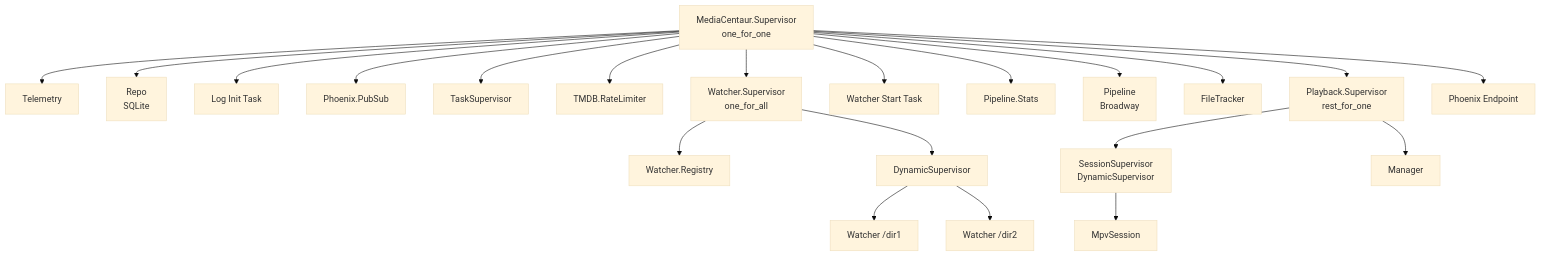
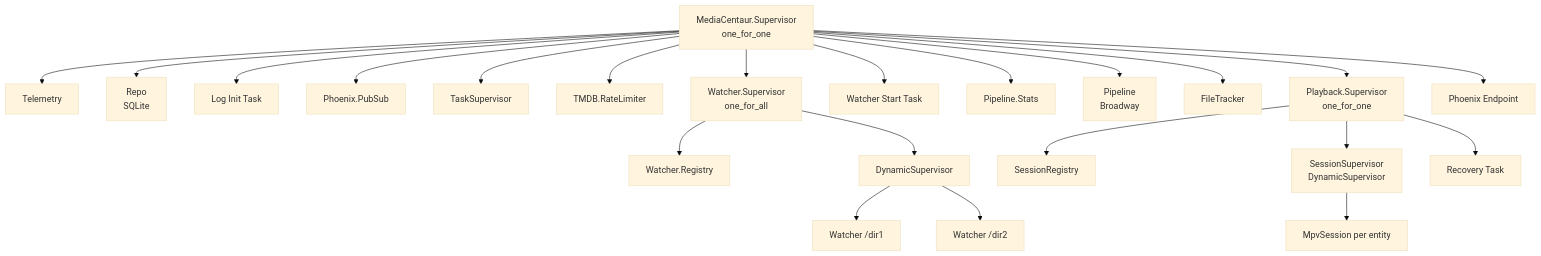
One commit to media-centaur/media-centaur changed the third of 3 diagrams in docs/architecture.md. Above: the diagram before and after it, drawn with Mermaid (base theme). The commit also changed other lines of this file and 14 other files, not shown here.

Commit message:
refactor: Replace singleton playback Manager with multi-session tracking

````diff
--- a/docs/architecture.md
+++ b/docs/architecture.md
@@ -72,27 +72,28 @@
 ```mermaid
 graph TD
     App[MediaCentaur.Supervisor<br/>one_for_one]
 
     App --> Telemetry[Telemetry]
     App --> Repo[Repo<br/>SQLite]
     App --> LogInit[Log Init Task]
     App --> PubSub[Phoenix.PubSub]
     App --> TaskSup[TaskSupervisor]
     App --> RateLimiter[TMDB.RateLimiter]
     App --> WatcherSup[Watcher.Supervisor<br/>one_for_all]
     App --> WatcherStart[Watcher Start Task]
     App --> Stats[Pipeline.Stats]
     App --> Pipeline[Pipeline<br/>Broadway]
     App --> FileTracker[FileTracker]
-    App --> PlaybackSup[Playback.Supervisor<br/>rest_for_one]
+    App --> PlaybackSup[Playback.Supervisor<br/>one_for_one]
     App --> Endpoint[Phoenix Endpoint]
 
     WatcherSup --> Registry[Watcher.Registry]
     WatcherSup --> DynSup[DynamicSupervisor]
     DynSup --> W1[Watcher /dir1]
     DynSup --> W2[Watcher /dir2]
 
+    PlaybackSup --> SessionRegistry[SessionRegistry]
     PlaybackSup --> SessionSup[SessionSupervisor<br/>DynamicSupervisor]
-    PlaybackSup --> Manager[Manager]
-    SessionSup --> MpvSession[MpvSession]
+    PlaybackSup --> RecoveryTask[Recovery Task]
+    SessionSup --> MpvSession[MpvSession per entity]
 ```
````
